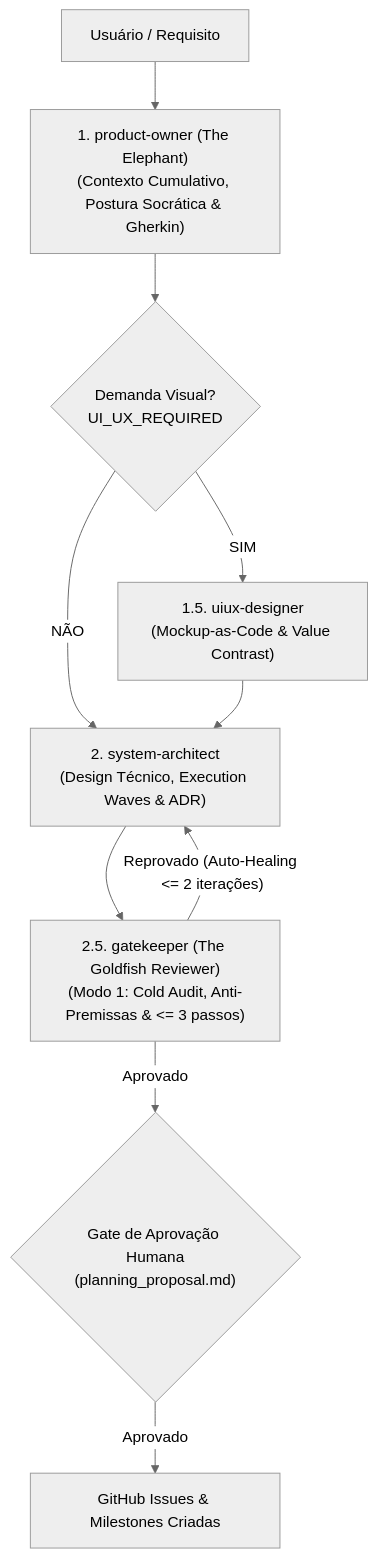
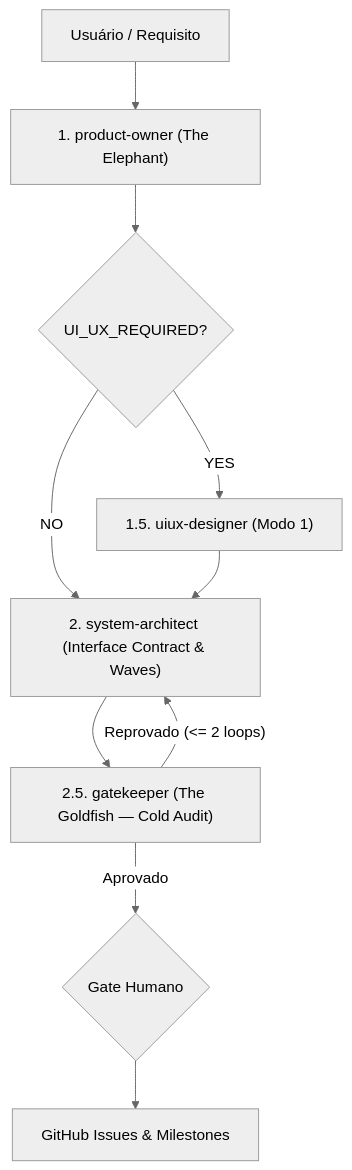
The first of 2 diagrams in docs/Subagents.md (VitorJacom/my-agents), drawn with Mermaid (neutral theme) before and after one commit. The commit also changed other lines of this file and 38 other files, not shown here.

````diff
--- a/docs/Subagents.md
+++ b/docs/Subagents.md
@@ -175,12 +49,12 @@
 ```mermaid
 flowchart TD
-    User["Usuário / Requisito"] --> PO["1. product-owner (The Elephant)<br/>(Contexto Cumulativo, Postura Socrática & Gherkin)"]
-    PO --> VisualCheck{"Demanda Visual?<br/>UI_UX_REQUIRED"}
-    VisualCheck -- SIM --> UIUX["1.5. uiux-designer<br/>(Mockup-as-Code & Value Contrast)"]
-    VisualCheck -- NÃO --> Arch
-    UIUX --> Arch["2. system-architect<br/>(Design Técnico, Execution Waves & ADR)"]
-    Arch --> Goldfish["2.5. gatekeeper (The Goldfish Reviewer)<br/>(Modo 1: Cold Audit, Anti-Premissas & <= 3 passos)"]
-    Goldfish -- "Reprovado (Auto-Healing <= 2 iterações)" --> Arch
-    Goldfish -- "Aprovado" --> Approval{"Gate de Aprovação Humana<br/>(planning_proposal.md)"}
-    Approval -- Aprovado --> GH["GitHub Issues & Milestones Criadas"]
+    User["Usuário / Requisito"] --> PO["1. product-owner (The Elephant)"]
+    PO --> VisualCheck{"UI_UX_REQUIRED?"}
+    VisualCheck -- "YES" --> UIUX["1.5. uiux-designer (Modo 1)"]
+    VisualCheck -- "NO" --> Arch
+    UIUX --> Arch["2. system-architect (Interface Contract & Waves)"]
+    Arch --> Goldfish["2.5. gatekeeper (The Goldfish — Cold Audit)"]
+    Goldfish -- "Reprovado (<= 2 loops)" --> Arch
+    Goldfish -- "Aprovado" --> Approval{"Gate Humano"}
+    Approval --> GH["GitHub Issues & Milestones"]
 ```
````
